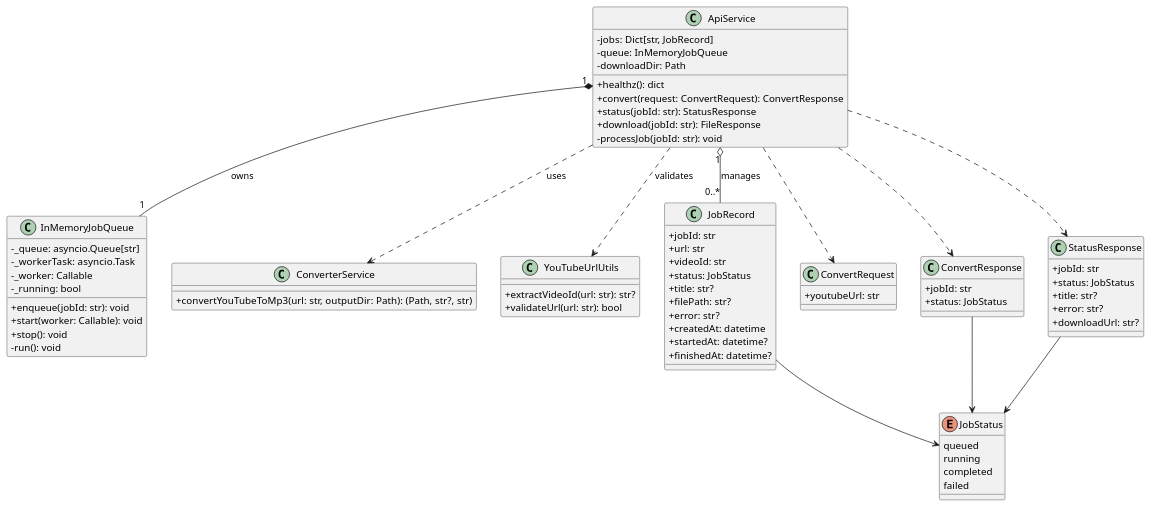
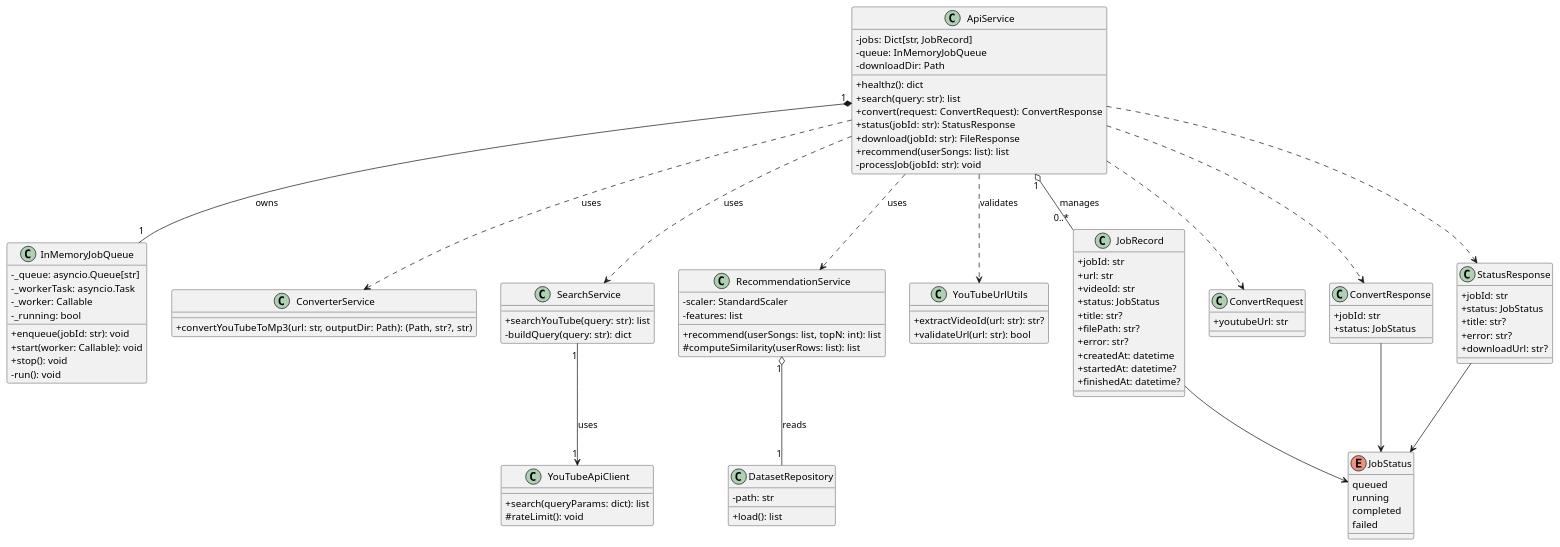
One commit to ShouryaAswal/SunLeo changed the diagram in UMLDiagrams/UML/02-class-diagram.puml. Above: the diagram before and after it, drawn with PlantUML. The commit also changed 7 other files, not shown here.

Commit message:
updated UML and CLASS

```diff
--- a/UMLDiagrams/UML/02-class-diagram.puml
+++ b/UMLDiagrams/UML/02-class-diagram.puml
@@ -1,83 +1,111 @@
 @startuml
 skinparam classAttributeIconSize 0
 
 class ApiService {
   -jobs: Dict[str, JobRecord]
   -queue: InMemoryJobQueue
   -downloadDir: Path
   +healthz(): dict
+  +search(query: str): list
   +convert(request: ConvertRequest): ConvertResponse
   +status(jobId: str): StatusResponse
   +download(jobId: str): FileResponse
+  +recommend(userSongs: list): list
   -processJob(jobId: str): void
 }
 
 class InMemoryJobQueue {
   -_queue: asyncio.Queue[str]
   -_workerTask: asyncio.Task
   -_worker: Callable
   -_running: bool
   +enqueue(jobId: str): void
   +start(worker: Callable): void
   +stop(): void
   -run(): void
 }
 
 class ConverterService {
   +convertYouTubeToMp3(url: str, outputDir: Path): (Path, str?, str)
+}
+
+class SearchService {
+  +searchYouTube(query: str): list
+  -buildQuery(query: str): dict
+}
+
+class YouTubeApiClient {
+  +search(queryParams: dict): list
+  #rateLimit(): void
+}
+
+class RecommendationService {
+  -scaler: StandardScaler
+  -features: list
+  +recommend(userSongs: list, topN: int): list
+  #computeSimilarity(userRows: list): list
+}
+
+class DatasetRepository {
+  -path: str
+  +load(): list
 }
 
 class YouTubeUrlUtils {
   +extractVideoId(url: str): str?
   +validateUrl(url: str): bool
 }
 
 class JobRecord {
   +jobId: str
   +url: str
   +videoId: str
   +status: JobStatus
   +title: str?
   +filePath: str?
   +error: str?
   +createdAt: datetime
   +startedAt: datetime?
   +finishedAt: datetime?
 }
 
 enum JobStatus {
   queued
   running
   completed
   failed
 }
 
 class ConvertRequest {
   +youtubeUrl: str
 }
 
 class ConvertResponse {
   +jobId: str
   +status: JobStatus
 }
 
 class StatusResponse {
   +jobId: str
   +status: JobStatus
   +title: str?
   +error: str?
   +downloadUrl: str?
 }
 
 ApiService "1" *-- "1" InMemoryJobQueue : owns
 ApiService "1" o-- "0..*" JobRecord : manages
 ApiService ..> ConverterService : uses
 ApiService ..> YouTubeUrlUtils : validates
+ApiService ..> SearchService : uses
+ApiService ..> RecommendationService : uses
 ApiService ..> ConvertRequest
 ApiService ..> ConvertResponse
 ApiService ..> StatusResponse
 JobRecord --> JobStatus
 ConvertResponse --> JobStatus
 StatusResponse --> JobStatus
+SearchService "1" --> "1" YouTubeApiClient : uses
+RecommendationService "1" o-- "1" DatasetRepository : reads
 
 @enduml
```
